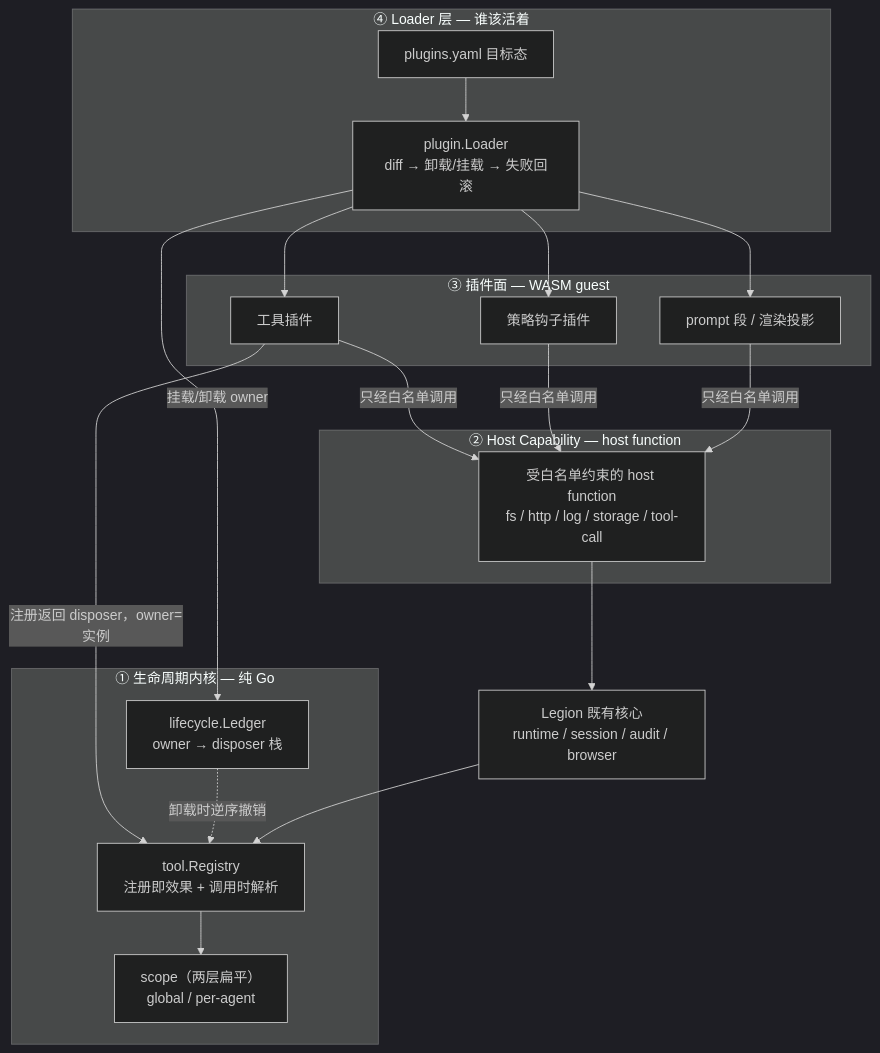
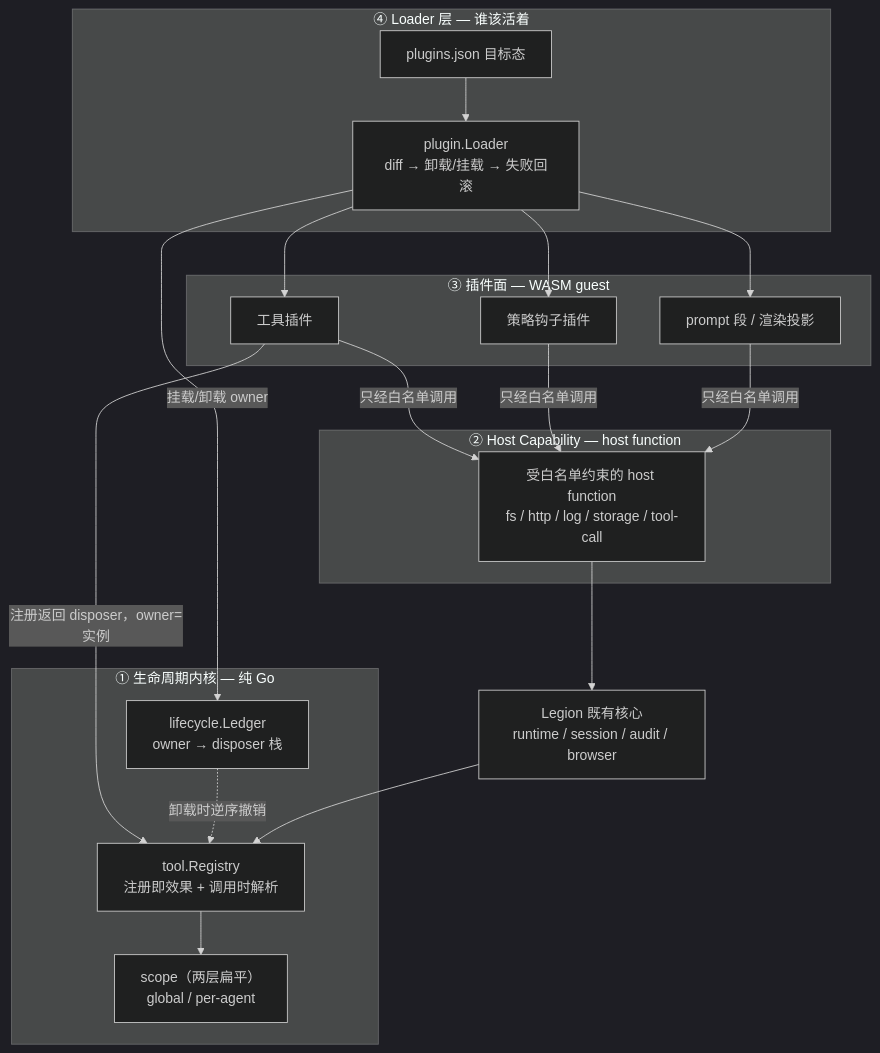
Before and after one commit to jxncyjq/stardust-agent-docs: the first of 2 diagrams in design/architecture/legion-plugin-system.md, drawn with Mermaid (dark theme). The commit also changed other lines of this file, not shown here.

First line of the commit message:
docs(plugin): state the manifests as JSON and split P2 into A4a and A4b

````diff
--- a/design/architecture/legion-plugin-system.md
+++ b/design/architecture/legion-plugin-system.md
@@ -113,31 +113,31 @@
 ```mermaid
 flowchart TD
   subgraph L4["④ Loader 层 — 谁该活着"]
-    manifest["plugins.yaml 目标态"]
+    manifest["plugins.json 目标态"]
     loader["plugin.Loader<br/>diff → 卸载/挂载 → 失败回滚"]
   end
   subgraph L3["③ 插件面 — WASM guest"]
     p1["工具插件"]
     p2["策略钩子插件"]
     p3["prompt 段 / 渲染投影"]
   end
   subgraph L2["② Host Capability — host function"]
     hf["受白名单约束的 host function<br/>fs / http / log / storage / tool-call"]
   end
   subgraph L1["① 生命周期内核 — 纯 Go"]
     ledger["lifecycle.Ledger<br/>owner → disposer 栈"]
     reg["tool.Registry<br/>注册即效果 + 调用时解析"]
     scope["scope（两层扁平）<br/>global / per-agent"]
   end
   core["Legion 既有核心<br/>runtime / session / audit / browser"]
 
   manifest --> loader
   loader -->|挂载/卸载 owner| ledger
   loader --> p1 & p2 & p3
   p1 & p2 & p3 -->|只经白名单调用| hf
   hf --> core
   p1 -->|注册返回 disposer，owner=实例| reg
   reg --> scope
   ledger -.->|卸载时逆序撤销| reg
   core --> reg
 ```
````
